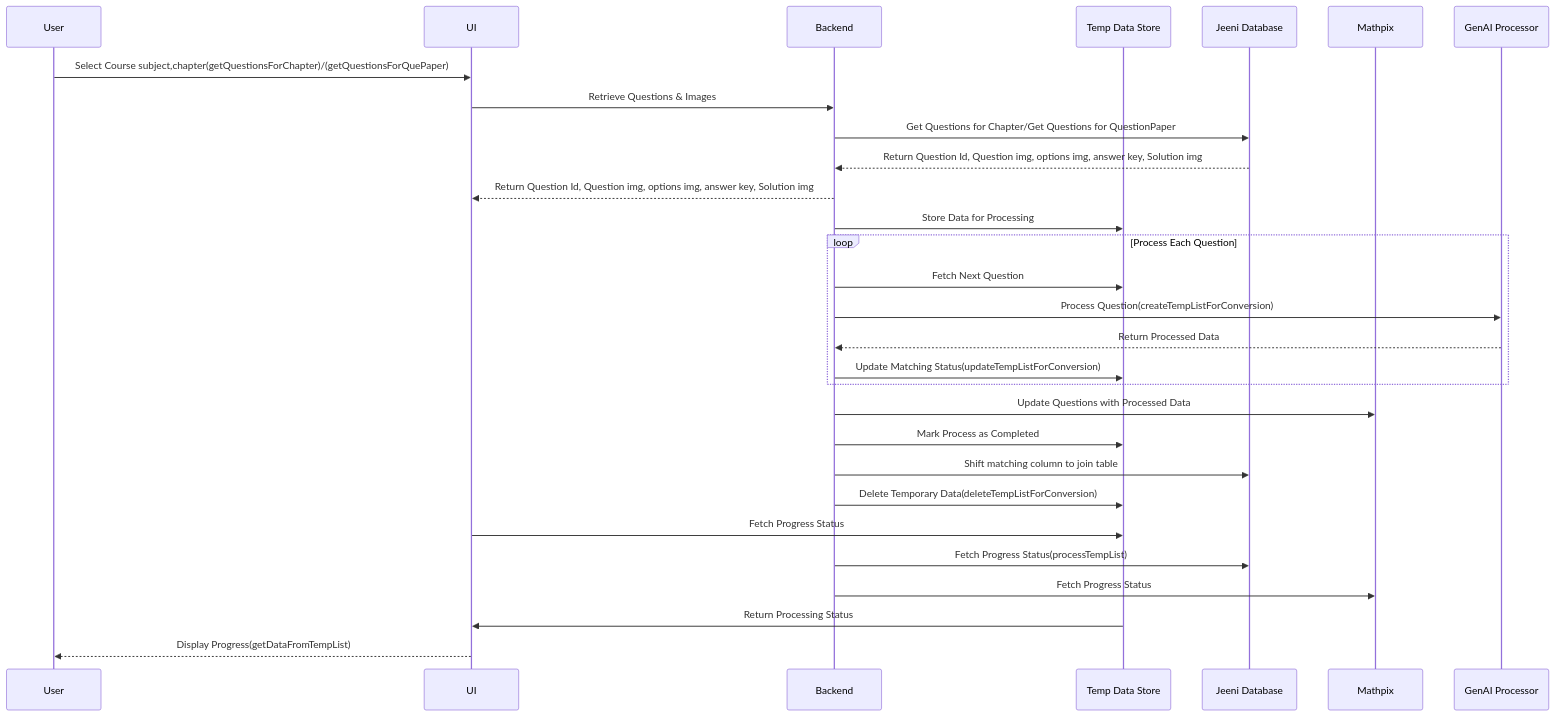
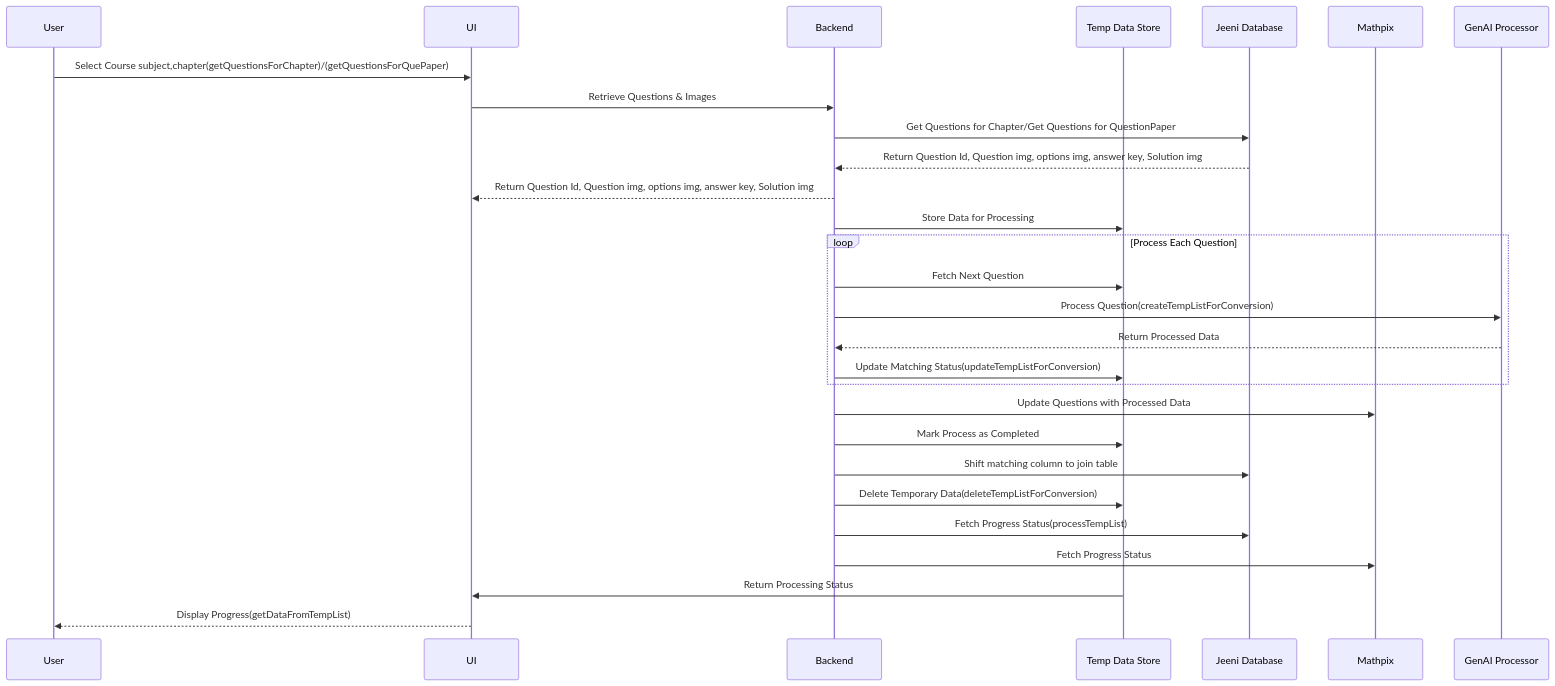
Before and after one commit to MayuriSutar12/Documentation: the diagram in docs/sequence_digram.md, drawn with Mermaid.

````diff
--- a/docs/sequence_digram.md
+++ b/docs/sequence_digram.md
@@ -2,41 +2,41 @@
 ```mermaid
 sequenceDiagram
     participant User as User
     participant UI as UI
     participant Backend as Backend
     participant TempDB as Temp Data Store
     participant JeeniDB as Jeeni Database
     participant Mathpix as Mathpix
     participant GenAI as GenAI Processor
 
     User ->> UI: Select Course subject,chapter(getQuestionsForChapter)/(getQuestionsForQuePaper)
     
 
     UI ->> Backend: Retrieve Questions & Images
     
     Backend ->> JeeniDB: Get Questions for Chapter/Get Questions for QuestionPaper
     JeeniDB -->> Backend: Return Question Id, Question img, options img, answer key, Solution img
     Backend -->> UI: Return Question Id, Question img, options img, answer key, Solution img
     Backend ->> TempDB: Store Data for Processing
 
     loop Process Each Question
         Backend ->> TempDB: Fetch Next Question
         Backend ->> GenAI: Process Question(createTempListForConversion)
         GenAI -->> Backend: Return Processed Data
         Backend ->> TempDB: Update Matching Status(updateTempListForConversion)
     end
 
     Backend ->> Mathpix: Update Questions with Processed Data
     Backend ->> TempDB: Mark Process as Completed
     Backend ->> JeeniDB: Shift matching column to join table
     Backend ->> TempDB: Delete Temporary Data(deleteTempListForConversion)
 
 
-    UI ->> TempDB: Fetch Progress Status
+    
    Backend ->> JeeniDB: Fetch Progress Status(processTempList)
-  Backend ->> Mathpix: Fetch Progress Status 
-    TempDB ->> UI: Return Processing Status
-    UI -->> User: Display Progress(getDataFromTempList)
+   Backend ->> Mathpix: Fetch Progress Status 
+   TempDB ->> UI: Return Processing Status
+   UI -->> User: Display Progress(getDataFromTempList)
 
 
 ```
````
